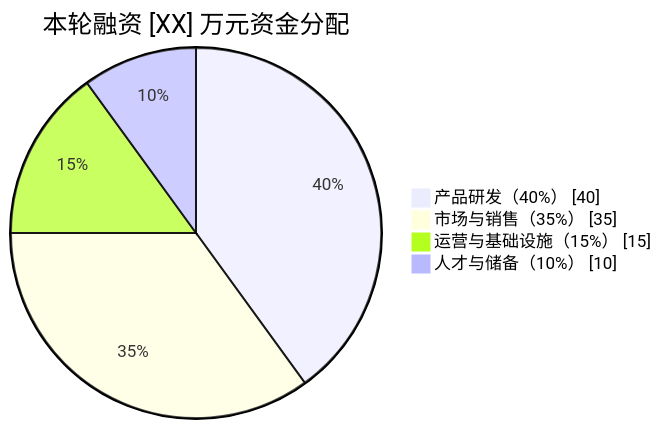
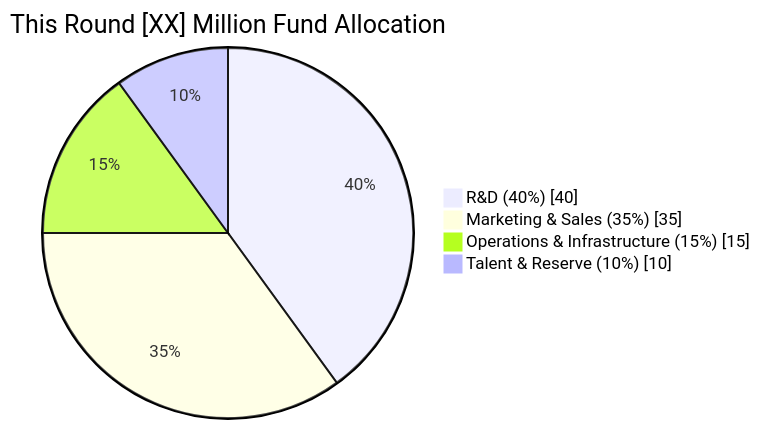
The ninth of 10 diagrams in templates/【模板】商业计划书.md (Kirky-X/cangjie), drawn with Mermaid before and after one commit. The commit also changed other lines of this file and 60 other files, not shown here.

````diff
--- a/templates/【模板】商业计划书.md
+++ b/templates/【模板】商业计划书.md
@@ -362,8 +362,8 @@
 ```mermaid
 pie showData
-    title 本轮融资 [XX] 万元资金分配
-    "产品研发（40%）" : 40
-    "市场与销售（35%）" : 35
-    "运营与基础设施（15%）" : 15
-    "人才与储备（10%）" : 10
+    title This Round [XX] Million Fund Allocation
+    "R&D (40%)" : 40
+    "Marketing & Sales (35%)" : 35
+    "Operations & Infrastructure (15%)" : 15
+    "Talent & Reserve (10%)" : 10
 ```
````
